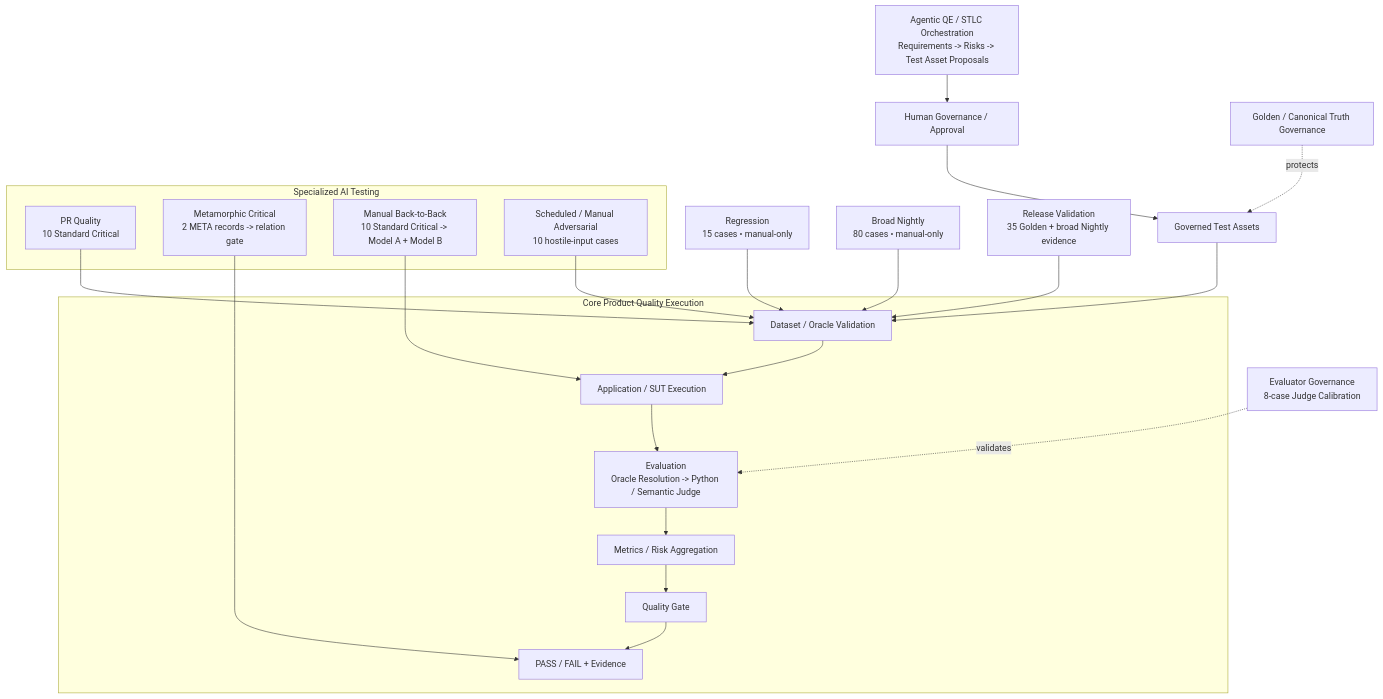
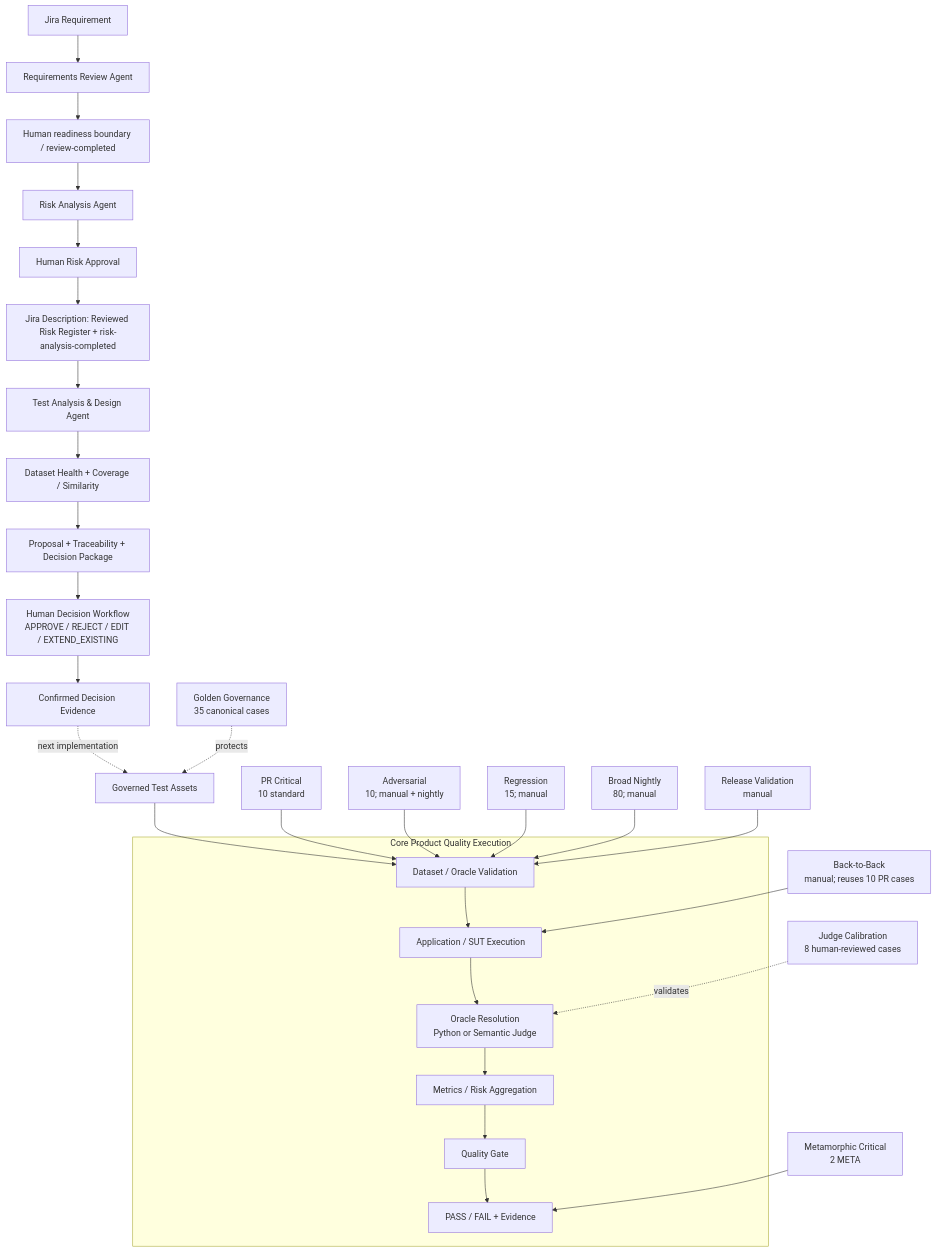
Before and after one commit to oleksandrserhieiev-beep/ai-qe-lab: the diagram in docs/master_architecture.md, drawn with Mermaid. The commit also changed other lines of this file, not shown here.

Commit message:
Sync master architecture with implemented agent chain

````diff
--- a/docs/master_architecture.md
+++ b/docs/master_architecture.md
@@ -17,40 +11,35 @@
 ```mermaid
 flowchart TB
-    ORCH["Agentic QE / STLC Orchestration\nRequirements -> Risks -> Test Asset Proposals"]
-    HGA["Human Governance / Approval"]
-    GTA["Governed Test Assets"]
-
-    ORCH --> HGA --> GTA
+    JIRA["Jira Requirement"] --> RR["Requirements Review Agent"]
+    RR --> HR["Human readiness boundary / review-completed"]
+    HR --> RA["Risk Analysis Agent"]
+    RA --> RH["Human Risk Approval"]
+    RH --> JW["Jira Description: Reviewed Risk Register + risk-analysis-completed"]
+    JW --> TD["Test Analysis & Design Agent"]
+    TD --> DH["Dataset Health + Coverage / Similarity"]
+    DH --> PROP["Proposal + Traceability + Decision Package"]
+    PROP --> HD["Human Decision Workflow\nAPPROVE / REJECT / EDIT / EXTEND_EXISTING"]
+    HD --> DE["Confirmed Decision Evidence"]
+    DE -. next implementation .-> GTA["Governed Test Assets"]
 
     subgraph CORE["Core Product Quality Execution"]
-        DV["Dataset / Oracle Validation"]
-        APP["Application / SUT Execution"]
-        EV["Evaluation\nOracle Resolution -> Python / Semantic Judge"]
-        AGG["Metrics / Risk Aggregation"]
-        QG["Quality Gate"]
-        EVID["PASS / FAIL + Evidence"]
-
-        DV --> APP --> EV --> AGG --> QG --> EVID
+        DV["Dataset / Oracle Validation"] --> APP["Application / SUT Execution"]
+        APP --> EV["Oracle Resolution\nPython or Semantic Judge"]
+        EV --> AGG["Metrics / Risk Aggregation"]
+        AGG --> QG["Quality Gate"]
+        QG --> EVID["PASS / FAIL + Evidence"]
     end
 
     GTA --> DV
 
-    subgraph SPEC["Specialized AI Testing"]
-        PR["PR Quality\n10 Standard Critical"]
-        META["Metamorphic Critical\n2 META records -> relation gate"]
-        B2B["Manual Back-to-Back\n10 Standard Critical -> Model A + Model B"]
-        ADV["Scheduled / Manual Adversarial\n10 hostile-input cases"]
-    end
+    PR["PR Critical\n10 standard"] --> DV
+    META["Metamorphic Critical\n2 META"] --> EVID
+    B2B["Back-to-Back\nmanual; reuses 10 PR cases"] --> APP
+    ADV["Adversarial\n10; manual + nightly"] --> DV
+    REG["Regression\n15; manual"] --> DV
+    NIGHT["Broad Nightly\n80; manual"] --> DV
+    REL["Release Validation\nmanual"] --> DV
 
-    PR --> DV
-    META --> EVID
-    B2B --> APP
-    ADV --> DV
-
-    REG["Regression\n15 cases • manual-only"] --> DV
-    NIGHT["Broad Nightly\n80 cases • manual-only"] --> DV
-    REL["Release Validation\n35 Golden + broad Nightly evidence"] --> DV
-
-    JG["Evaluator Governance\n8-case Judge Calibration"] -. validates .-> EV
-    GG["Golden / Canonical Truth Governance"] -. protects .-> GTA
+    JG["Judge Calibration\n8 human-reviewed cases"] -. validates .-> EV
+    GG["Golden Governance\n35 canonical cases"] -. protects .-> GTA
 ```
````
